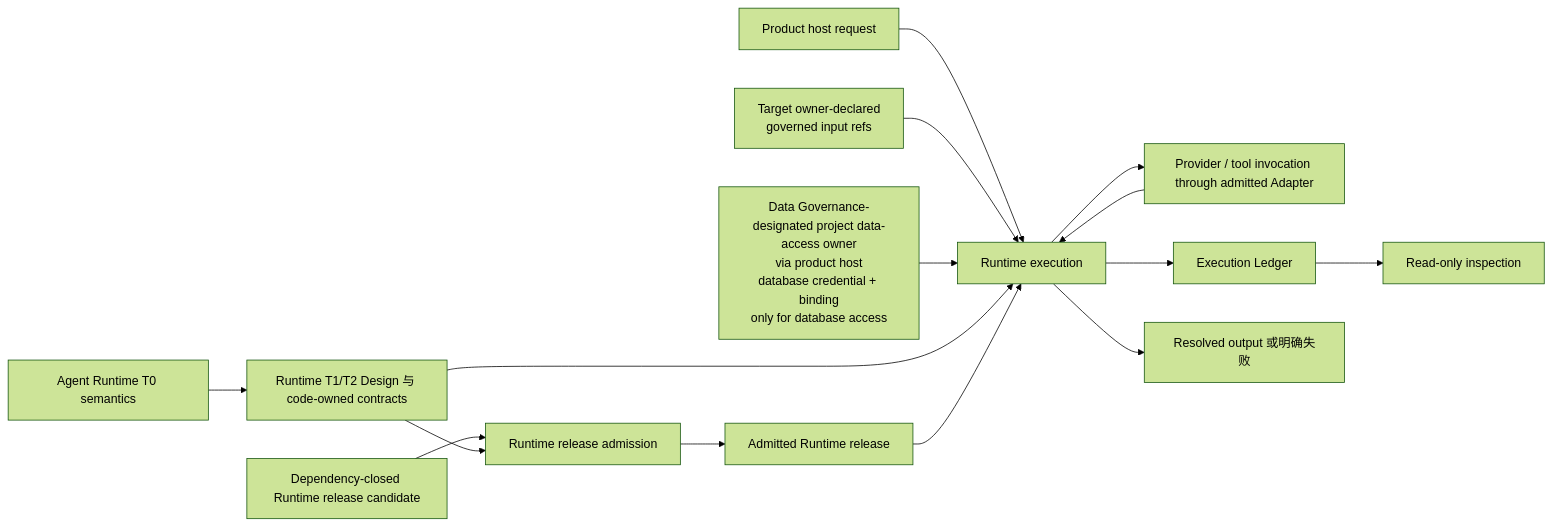
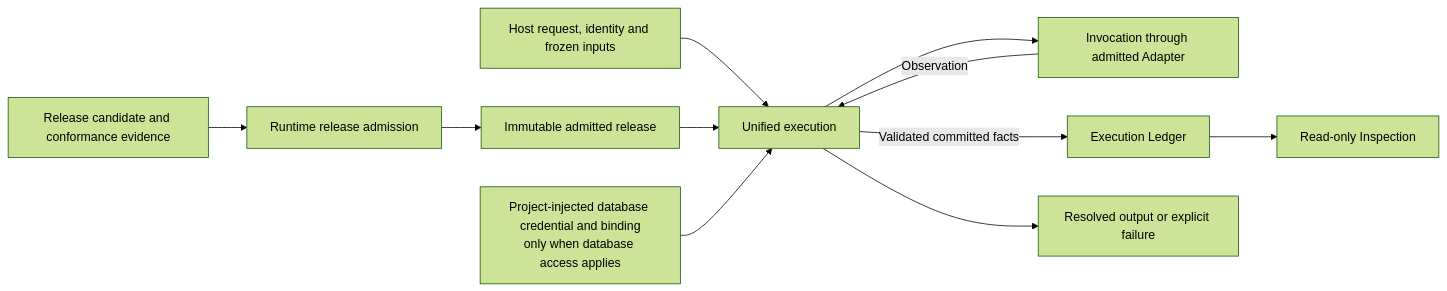
The diagram in designDoc/the_agent_runtime.md (bobaoai/ai_project_management_framework), drawn with Mermaid (forest theme) before and after one commit. The commit also changed other lines of this file and 103 other files, not shown here.

````diff
--- a/designDoc/the_agent_runtime.md
+++ b/designDoc/the_agent_runtime.md
@@ -80,17 +15,13 @@
 ```mermaid
 flowchart LR
-    T0["Agent Runtime T0 semantics"] --> T1["Runtime T1/T2 Design 与 code-owned contracts"]
-    C["Dependency-closed Runtime release candidate"] --> A["Runtime release admission"]
-    T1 --> A
-    A --> R["Admitted Runtime release"]
-    H["Product host request"] --> E["Runtime execution"]
-    X["Target owner-declared<br/>governed input refs"] --> E
-    D["Data Governance-designated project data-access owner<br/>via product host<br/>database credential + binding<br/>only for database access"] --> E
-    T1 --> E
+    C["Release candidate and conformance evidence"] --> A["Runtime release admission"]
+    A --> R["Immutable admitted release"]
+    H["Host request, identity and frozen inputs"] --> E["Unified execution"]
     R --> E
-    E --> I["Provider / tool invocation through admitted Adapter"]
-    I --> E
-    E --> L["Execution Ledger"]
-    E --> O["Resolved output 或明确失败"]
-    L --> P["Read-only inspection"]
+    D["Project-injected database credential and binding<br/>only when database access applies"] --> E
+    E --> I["Invocation through admitted Adapter"]
+    I -->|"Observation"| E
+    E -->|"Validated committed facts"| L["Execution Ledger"]
+    E --> O["Resolved output or explicit failure"]
+    L --> P["Read-only Inspection"]
 ```
````
